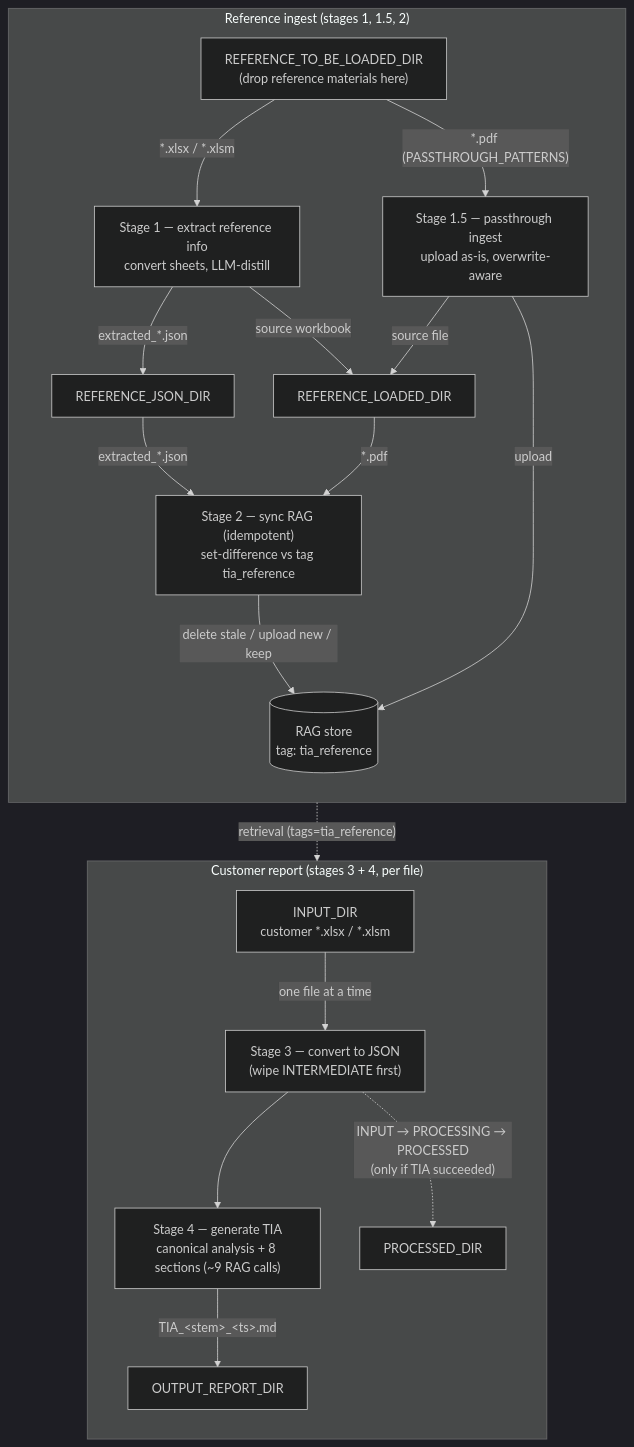
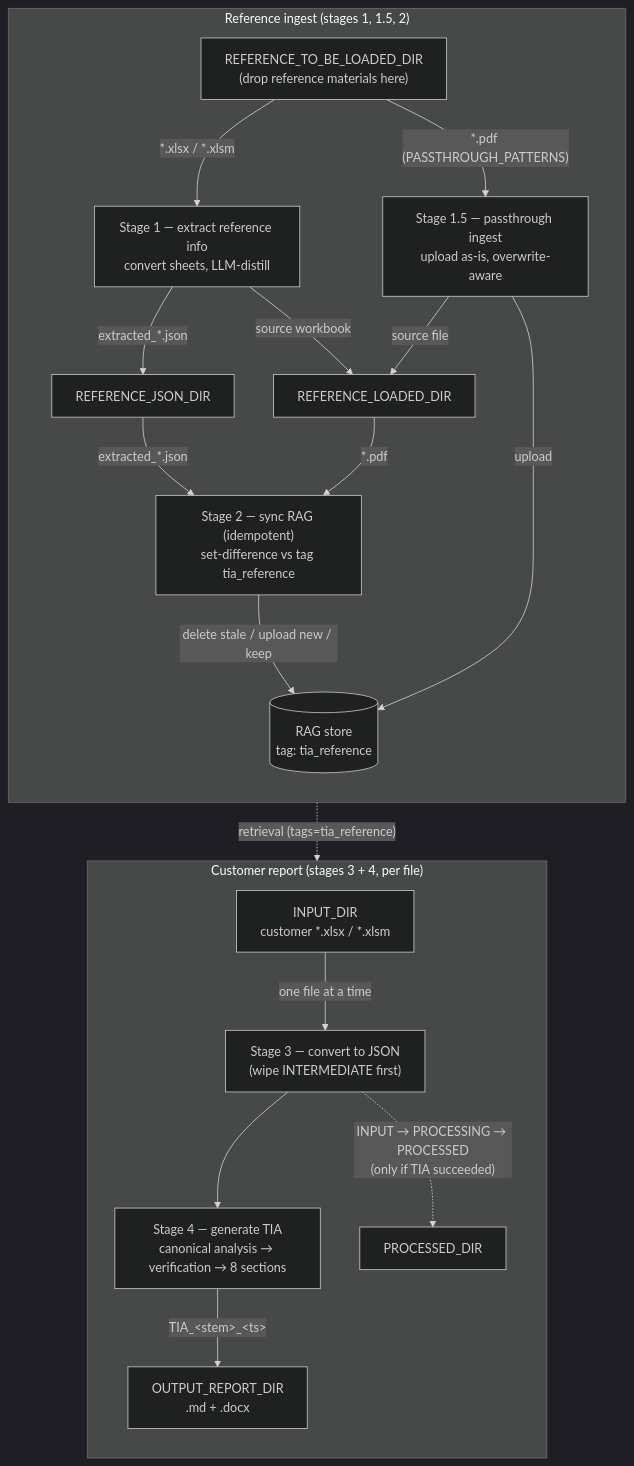
Before and after one commit to alfredlauyongfu/OnlineTIA: the second of 2 diagrams in README.md, drawn with Mermaid (dark theme). The commit also changed other lines of this file and 5 other files, not shown here.

First line of the commit message:
Add Word (.docx) report output and two-level README diagrams

````diff
--- a/README.md
+++ b/README.md
@@ -16,27 +32,27 @@
 ```mermaid
 flowchart TD
     subgraph REF["Reference ingest (stages 1, 1.5, 2)"]
         direction TB
         TBL["REFERENCE_TO_BE_LOADED_DIR<br/>(drop reference materials here)"]
         TBL -->|"*.xlsx / *.xlsm"| S1["Stage 1 — extract reference info<br/>convert sheets, LLM-distill"]
         TBL -->|"*.pdf (PASSTHROUGH_PATTERNS)"| S15["Stage 1.5 — passthrough ingest<br/>upload as-is, overwrite-aware"]
         S1 -->|"extracted_*.json"| RJ["REFERENCE_JSON_DIR"]
         S1 -->|"source workbook"| RL["REFERENCE_LOADED_DIR"]
         S15 -->|"source file"| RL
         RJ -->|"extracted_*.json"| S2["Stage 2 — sync RAG (idempotent)<br/>set-difference vs tag tia_reference"]
         RL -->|"*.pdf"| S2
         S15 -->|"upload"| RAG[("RAG store<br/>tag: tia_reference")]
         S2 -->|"delete stale / upload new / keep"| RAG
     end
 
     subgraph CUST["Customer report (stages 3 + 4, per file)"]
         direction TB
         IN["INPUT_DIR<br/>customer *.xlsx / *.xlsm"]
         IN -->|"one file at a time"| S3["Stage 3 — convert to JSON<br/>(wipe INTERMEDIATE first)"]
-        S3 --> S4["Stage 4 — generate TIA<br/>canonical analysis + 8 sections (~9 RAG calls)"]
-        S4 -->|"TIA_&lt;stem&gt;_&lt;ts&gt;.md"| OUT["OUTPUT_REPORT_DIR"]
+        S3 --> S4["Stage 4 — generate TIA<br/>canonical analysis → verification → 8 sections"]
+        S4 -->|"TIA_&lt;stem&gt;_&lt;ts&gt;"| OUT["OUTPUT_REPORT_DIR<br/>.md + .docx"]
         S3 -.->|"INPUT → PROCESSING → PROCESSED<br/>(only if TIA succeeded)"| PROC["PROCESSED_DIR"]
     end
 
     RAG -. "retrieval (tags=tia_reference)" .-> S4
 ```
````
